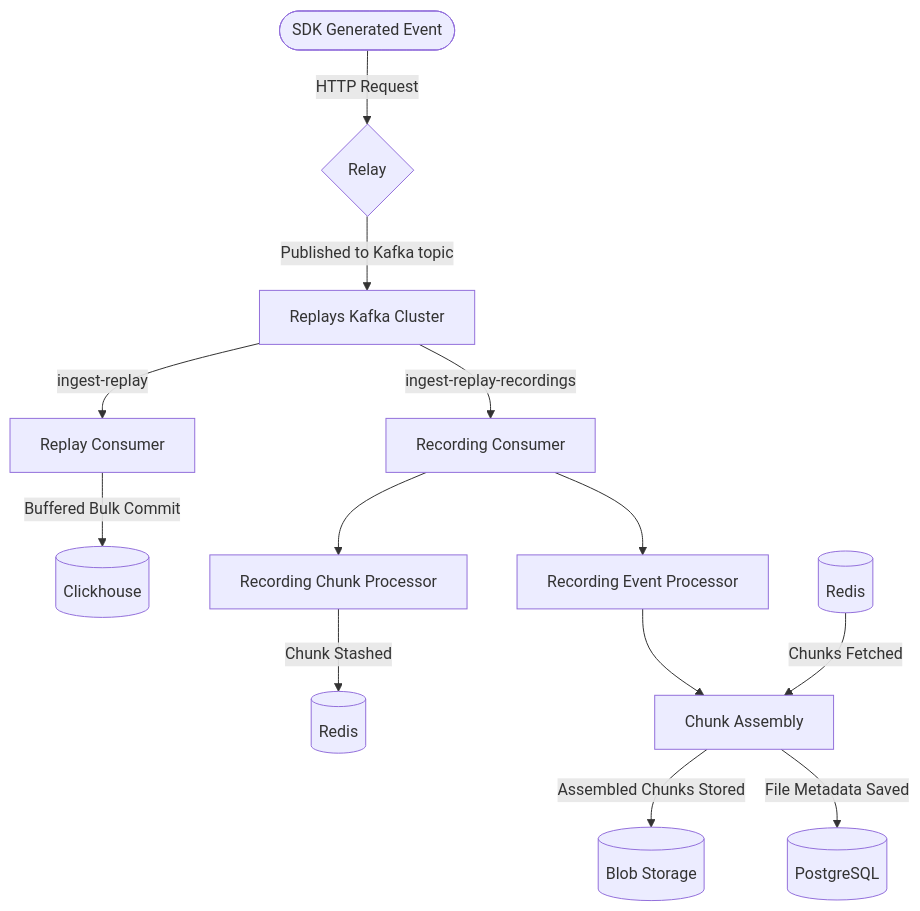
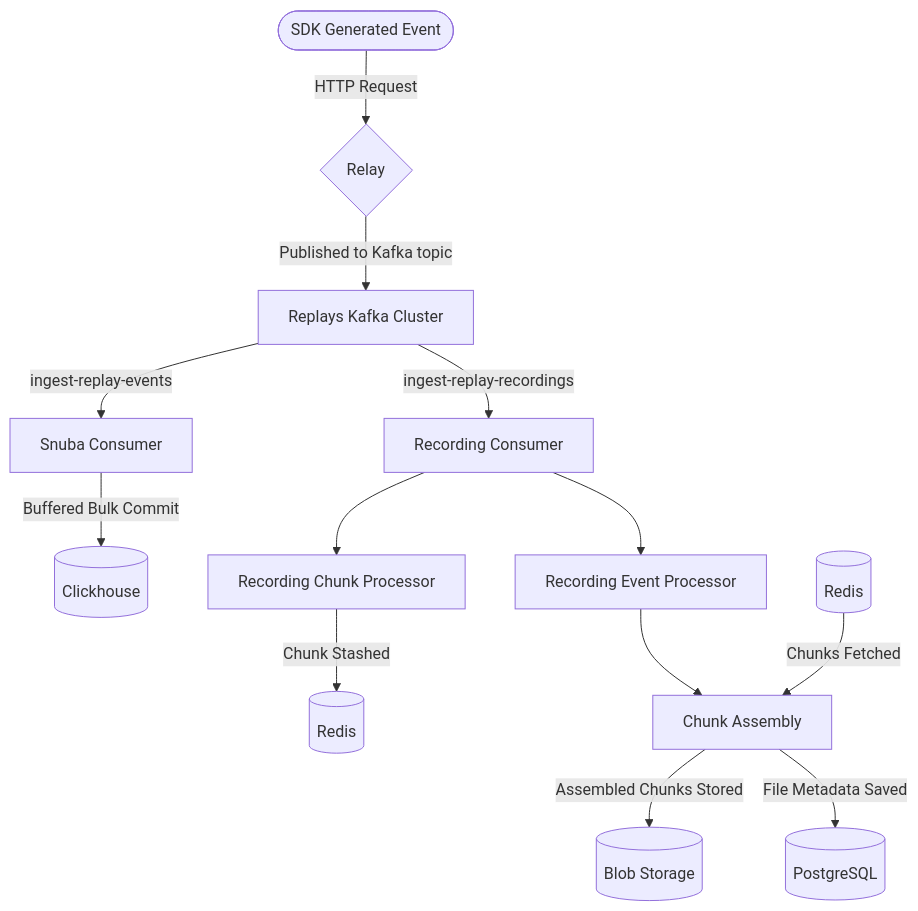
Before and after one commit to getsentry/rfcs: the first of 2 diagrams in text/0082-combined-replay-envelope-item.md, drawn with Mermaid.

````diff
--- a/text/0082-combined-replay-envelope-item.md
+++ b/text/0082-combined-replay-envelope-item.md
@@ -24,15 +24,15 @@
 ```mermaid
 graph
     A([SDK Generated Event])-->|HTTP Request| Z{Relay}
     Z-->|Published to Kafka topic|B[Replays Kafka Cluster]
-    B-->|ingest-replay|J[Replay Consumer]
+    B-->|ingest-replay-events|J[Snuba Consumer]
     J-->|Buffered Bulk Commit|K[(Clickhouse)]
     B-->|ingest-replay-recordings|E[Recording Consumer]
     E-->C[Recording Chunk Processor]
     C-->|Chunk Stashed|D[(Redis)]
     E-->Q[Recording Event Processor]
     Q-->F[Chunk Assembly]
     I[(Redis)]-->|Chunks Fetched|F
     F-->|Assembled Chunks Stored|G[(Blob Storage)]
     F-->|File Metadata Saved|H[(PostgreSQL)]
 ```
````
